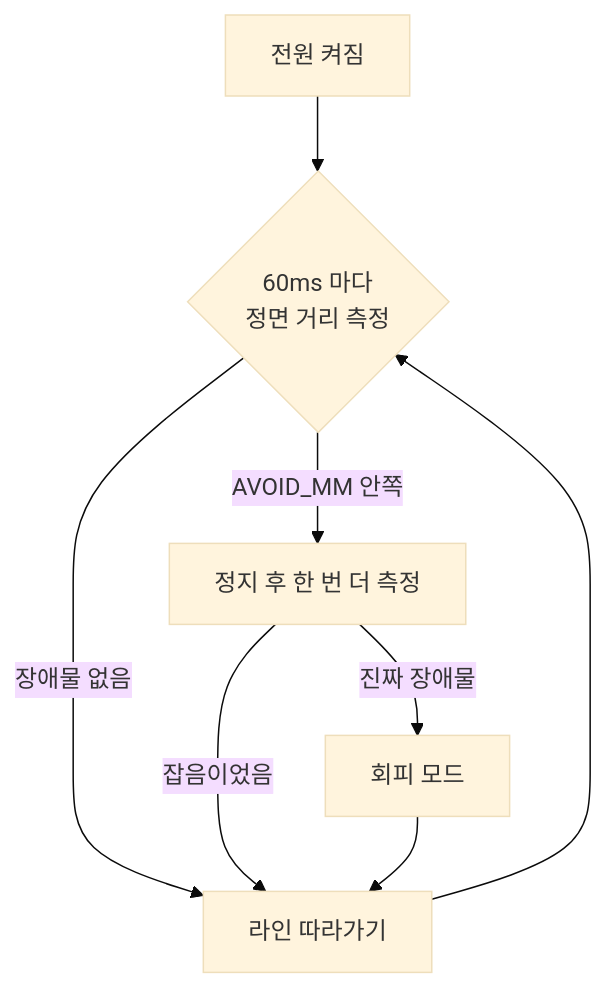
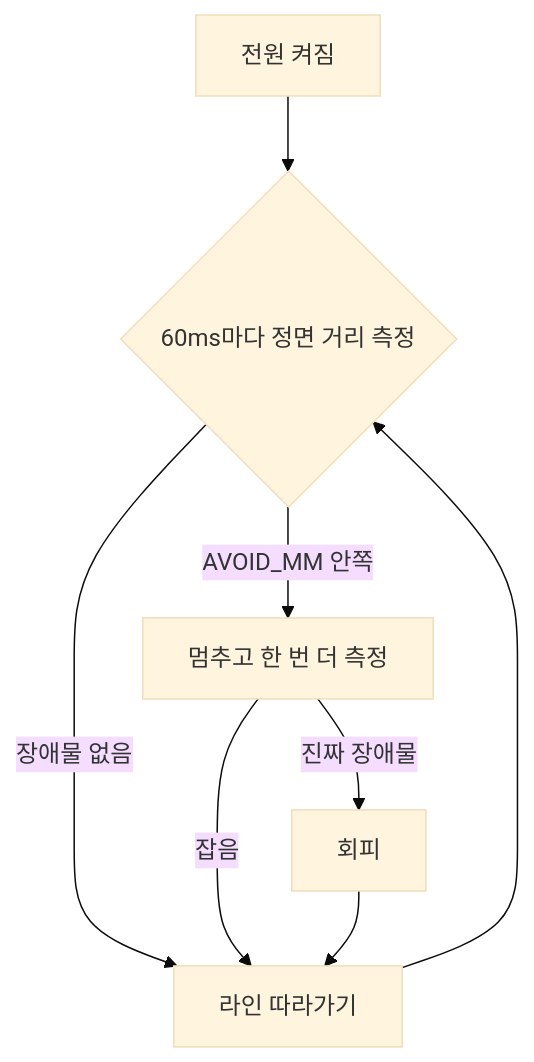
One commit to CHOESEUNGJUN/4wd-rc-car-line-tracer changed the first of 2 diagrams in README.md. Above: the diagram before and after it, drawn with Mermaid (base theme). The commit also changed other lines of this file, not shown here.

````diff
--- a/README.md
+++ b/README.md
@@ -79,10 +41,10 @@
 ```mermaid
 flowchart TD
-    A[전원 켜짐] --> B{60ms 마다<br/>정면 거리 측정}
+    A[전원 켜짐] --> B{60ms마다 정면 거리 측정}
     B -- 장애물 없음 --> C[라인 따라가기]
     C --> B
-    B -- AVOID_MM 안쪽 --> D[정지 후 한 번 더 측정]
-    D -- 잡음이었음 --> C
-    D -- 진짜 장애물 --> E[회피 모드]
+    B -- AVOID_MM 안쪽 --> D[멈추고 한 번 더 측정]
+    D -- 잡음 --> C
+    D -- 진짜 장애물 --> E[회피]
     E --> C
 ```
````
